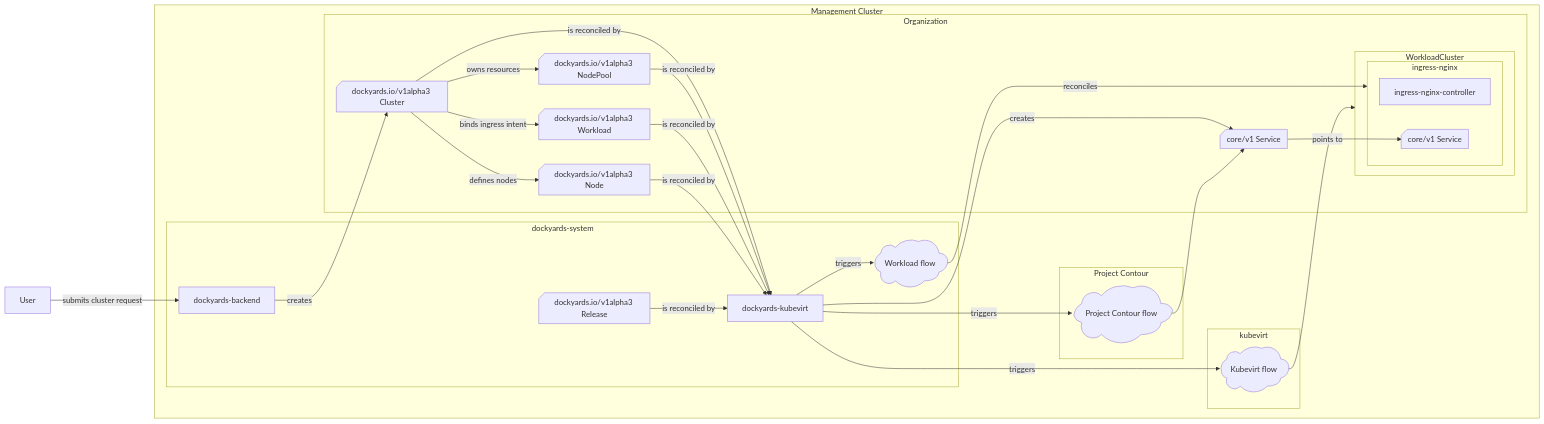
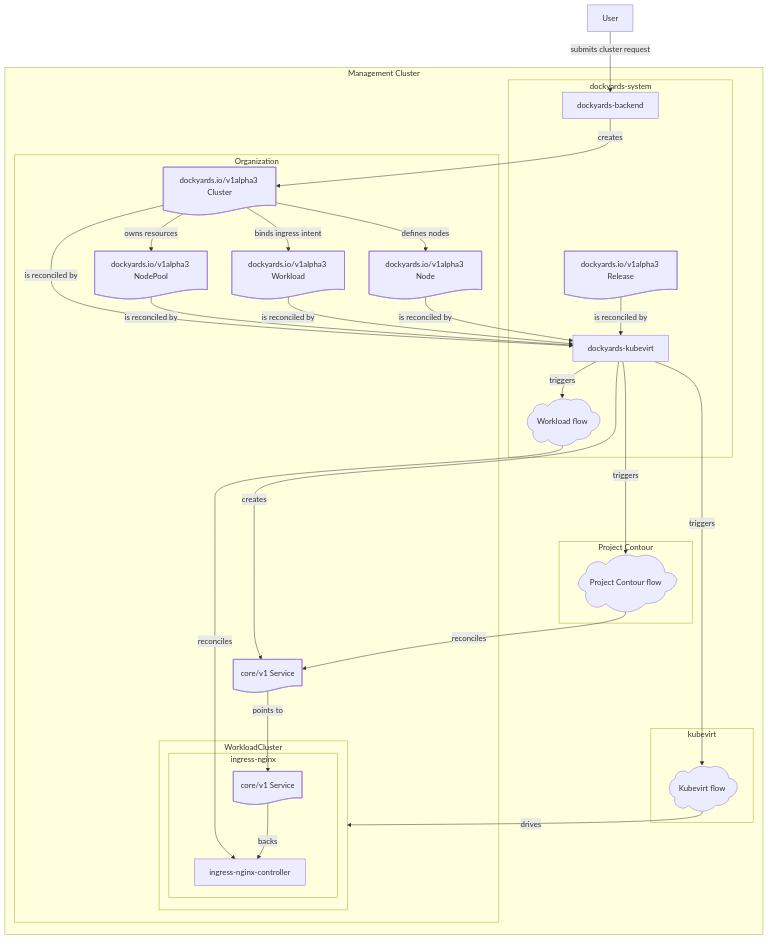
The diagram in README.md (sudoswedenab/dockyards-kubevirt), drawn with Mermaid before and after one commit.

````diff
--- a/README.md
+++ b/README.md
@@ -6,79 +7,66 @@
 ```mermaid
-flowchart LR
-    User
-    DockyardsBackend["dockyards-backend"]
-    DockyardsKubevirt["dockyards-kubevirt"]
-    NGINXController["ingress-nginx-controller"]
-    WorkloadFlow@{ shape: cloud, label: "Workload flow" }
-    KubevirtFlow@{ shape: cloud, label: "Kubevirt flow" }
-    ContourFlow@{ shape: cloud, label: "Project Contour flow"}
-    DockyardsCluster@{shape: card, label: "dockyards.io/v1alpha3 Cluster"}
-    DockyardsNodePool@{shape: card, label: "dockyards.io/v1alpha3 NodePool"}
-    DockyardsRelease@{ shape: card, label: "dockyards.io/v1alpha3 Release"}
-    DockyardsWorkload@{ shape: card, label: "dockyards.io/v1alpha3 Workload"}
-    DockyardsNode@{ shape: card, label: "dockyards.io/v1alpha3 Node"}
-    LoadBalancerService@{ shape: card, label: "core/v1 Service"}
-    ClusterGatewayService@{ shape: card, label: "core/v1 Service"}
+flowchart TB
+    User@{shape: rect, label: "User"}
+    DockyardsBackend@{shape: rect, label: "dockyards-backend"}
+    DockyardsKubevirt@{shape: rect, label: "dockyards-kubevirt"}
+    NGINXController@{shape: rect, label: "ingress-nginx-controller"}
+    WorkloadFlow@{shape: cloud, label: "Workload flow"}
+    KubevirtFlow@{shape: cloud, label: "Kubevirt flow"}
+    ContourFlow@{shape: cloud, label: "Project Contour flow"}
+    DockyardsCluster@{shape: doc, label: "dockyards.io/v1alpha3 Cluster"}
+    DockyardsNodePool@{shape: doc, label: "dockyards.io/v1alpha3 NodePool"}
+    DockyardsRelease@{shape: doc, label: "dockyards.io/v1alpha3 Release"}
+    DockyardsWorkload@{shape: doc, label: "dockyards.io/v1alpha3 Workload"}
+    DockyardsNode@{shape: doc, label: "dockyards.io/v1alpha3 Node"}
+    LoadBalancerService@{shape: doc, label: "core/v1 Service"}
+    ClusterGatewayService@{shape: doc, label: "core/v1 Service"}
+    WorkloadCluster@{shape: cloud, label: "Workload Cluster"}
 
     User -->|submits cluster request| DockyardsBackend
     DockyardsBackend -->|creates| DockyardsCluster
-
     DockyardsCluster -->|owns resources| DockyardsNodePool
     DockyardsCluster -->|binds ingress intent| DockyardsWorkload
     DockyardsCluster -->|defines nodes| DockyardsNode
     DockyardsCluster -->|is reconciled by| DockyardsKubevirt
-
     DockyardsNodePool -->|is reconciled by| DockyardsKubevirt
     DockyardsRelease -->|is reconciled by| DockyardsKubevirt
     DockyardsWorkload -->|is reconciled by| DockyardsKubevirt
-    DockyardsNode --> |is reconciled by| DockyardsKubevirt
-
-    DockyardsKubevirt --> |creates| ClusterGatewayService
-    DockyardsKubevirt ----> |triggers| ContourFlow
-    DockyardsKubevirt --> |triggers| KubevirtFlow
-    DockyardsKubevirt --> |triggers| WorkloadFlow
-
-    WorkloadFlow --> |reconciles| ingress-nginx
-    ContourFlow --> ClusterGatewayService
-    KubevirtFlow --> WorkloadCluster
-
+    DockyardsNode -->|is reconciled by| DockyardsKubevirt
+    DockyardsKubevirt -->|creates| ClusterGatewayService
+    DockyardsKubevirt ---->|triggers| ContourFlow
+    DockyardsKubevirt -->|triggers| KubevirtFlow
+    DockyardsKubevirt -->|triggers| WorkloadFlow
+    WorkloadFlow -->|reconciles| NGINXController
+    ContourFlow -->|reconciles| ClusterGatewayService
+    KubevirtFlow -->|drives| WorkloadCluster
     ClusterGatewayService -->|points to| LoadBalancerService
-
-
+    LoadBalancerService -->|backs| NGINXController
 
     subgraph Management Cluster
-        ClusterGatewayService
-
         subgraph dockyards-system
             DockyardsRelease
             DockyardsBackend
             DockyardsKubevirt
             WorkloadFlow
         end
-
         subgraph kubevirt
             KubevirtFlow
         end
-
         subgraph Project Contour
             ContourFlow
         end
-
-
         subgraph Organization
             DockyardsNode
             DockyardsNodePool
             DockyardsWorkload
             DockyardsCluster
             ClusterGatewayService
-
             subgraph WorkloadCluster
                 subgraph ingress-nginx
                     NGINXController
                     LoadBalancerService
                 end
             end
         end
     end
-
 ```
````
